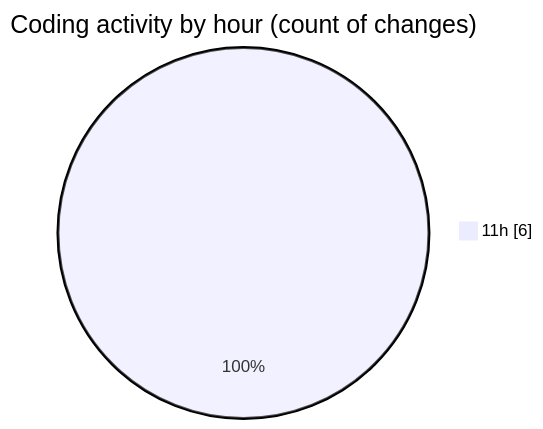
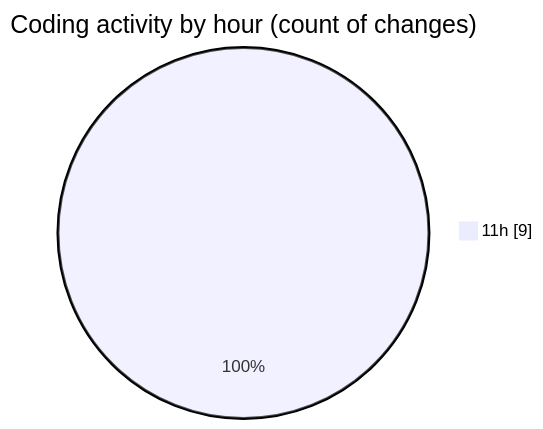
Before and after one commit to yexinjia/code-tracking: the second of 2 diagrams in 2026-08-01/mono-test/README.md, drawn with Mermaid. The commit also changed other lines of this file and 1 other file, not shown here.

````diff
--- a/2026-08-01/mono-test/README.md
+++ b/2026-08-01/mono-test/README.md
@@ -30,5 +30,5 @@
 ```mermaid
 pie showData
 title Coding activity by hour (count of changes)
-"11h" : 6
+"11h" : 9
 ```
````
